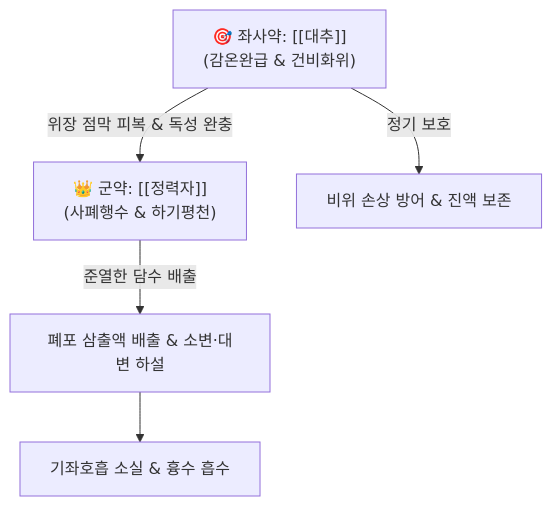
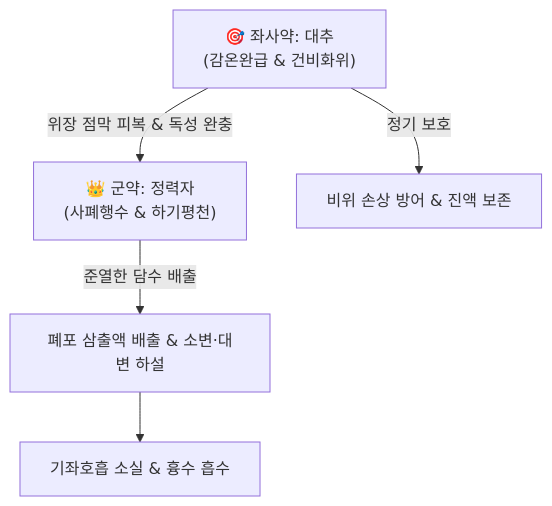
The diagram in content/2. 약리 공부/처방/03_화담·거습·이수제/정력대조사폐탕.md (simbio11/simbio-digital-garden2), drawn with Mermaid before and after one commit. The commit also changed other lines of this file and 122 other files, not shown here.

````diff
--- a/content/2. 약리 공부/처방/03_화담·거습·이수제/정력대조사폐탕.md
+++ b/content/2. 약리 공부/처방/03_화담·거습·이수제/정력대조사폐탕.md
@@ -52,7 +52,7 @@
 ```mermaid
 graph TD
-    TL["👑 군약: [[정력자]]<br>(사폐행수 & 하기평천)"] -->|준열한 담수 배출| DRAIN["폐포 삼출액 배출 & 소변·대변 하설"]
-    DZ["🎯 좌사약: [[대추]]<br>(감온완급 & 건비화위)"] -->|위장 점막 피복 & 독성 완충| TL
+    TL["👑 군약: 정력자<br>(사폐행수 & 하기평천)"] -->|준열한 담수 배출| DRAIN["폐포 삼출액 배출 & 소변·대변 하설"]
+    DZ["🎯 좌사약: 대추<br>(감온완급 & 건비화위)"] -->|위장 점막 피복 & 독성 완충| TL
     DZ -->|정기 보호| SP["비위 손상 방어 & 진액 보존"]
     DRAIN --> RELIEF["기좌호흡 소실 & 흉수 흡수"]
 ```
````
